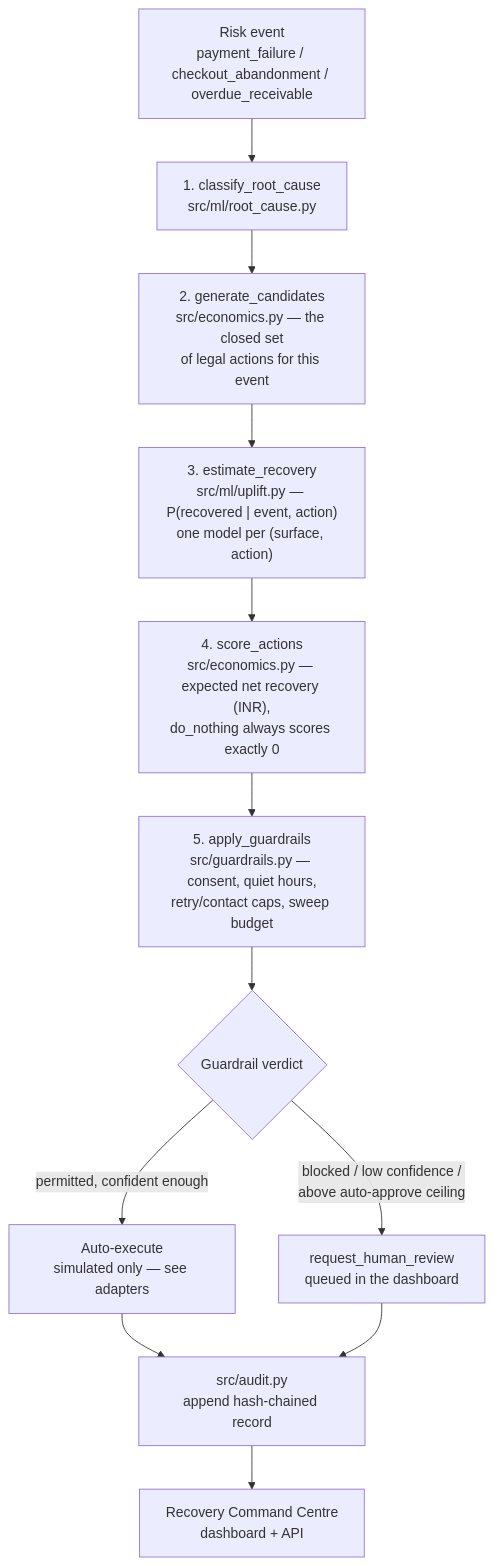
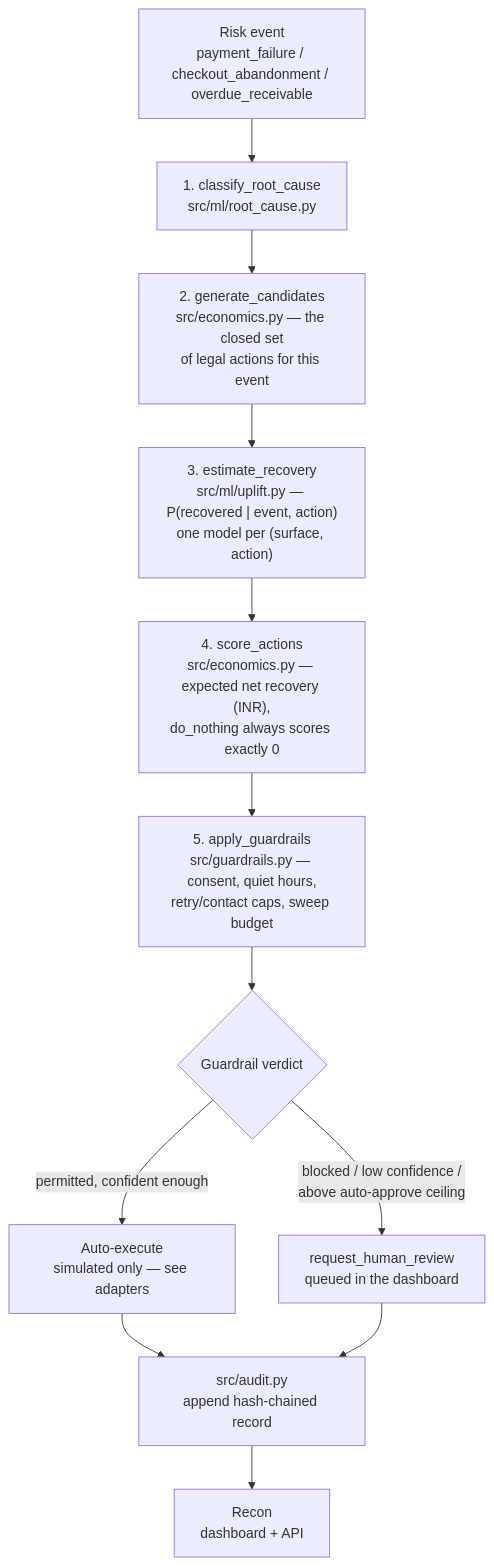
The first of 5 diagrams in README.md (vishalsk17/Recon), drawn with Mermaid before and after one commit. The commit also changed other lines of this file and 5 other files, not shown here.

Commit message:
changed name from Recovery Command Centre to Recon

````diff
--- a/README.md
+++ b/README.md
@@ -141,14 +141,14 @@
 ```mermaid
 flowchart TD
     A["Risk event\npayment_failure / checkout_abandonment / overdue_receivable"] --> B["1. classify_root_cause\nsrc/ml/root_cause.py"]
     B --> C["2. generate_candidates\nsrc/economics.py — the closed set\nof legal actions for this event"]
     C --> D["3. estimate_recovery\nsrc/ml/uplift.py — P(recovered | event, action)\none model per (surface, action)"]
     D --> E["4. score_actions\nsrc/economics.py — expected net recovery (INR),\ndo_nothing always scores exactly 0"]
     E --> F["5. apply_guardrails\nsrc/guardrails.py — consent, quiet hours,\nretry/contact caps, sweep budget"]
     F --> G{Guardrail verdict}
     G -->|permitted, confident enough| H["Auto-execute\nsimulated only — see adapters"]
     G -->|blocked / low confidence /\nabove auto-approve ceiling| I["request_human_review\nqueued in the dashboard"]
     H --> J["src/audit.py\nappend hash-chained record"]
     I --> J
-    J --> K["Recovery Command Centre\ndashboard + API"]
+    J --> K["Recon\ndashboard + API"]
 ```
````
